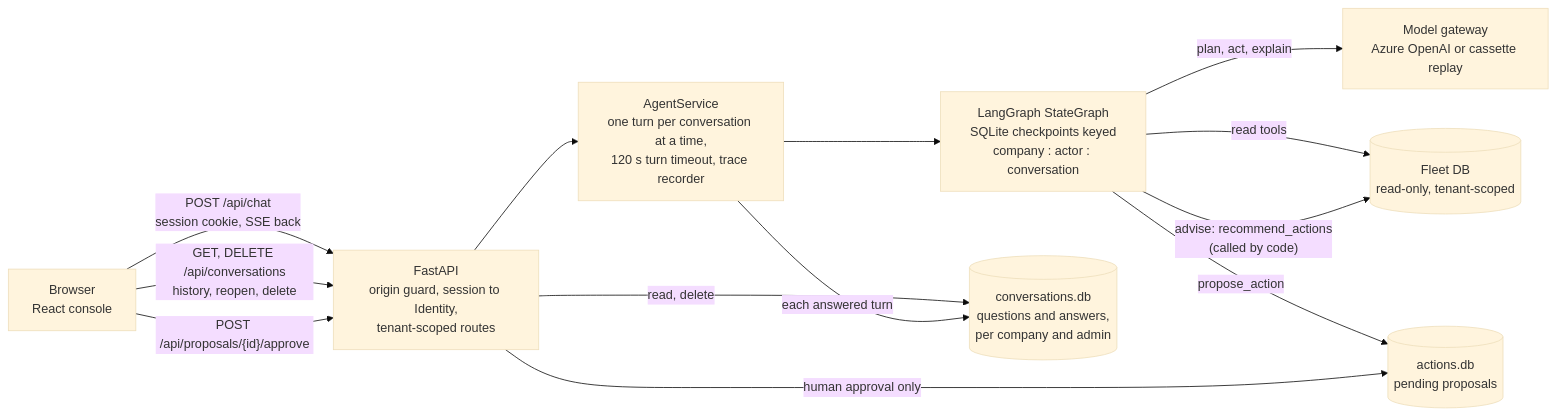
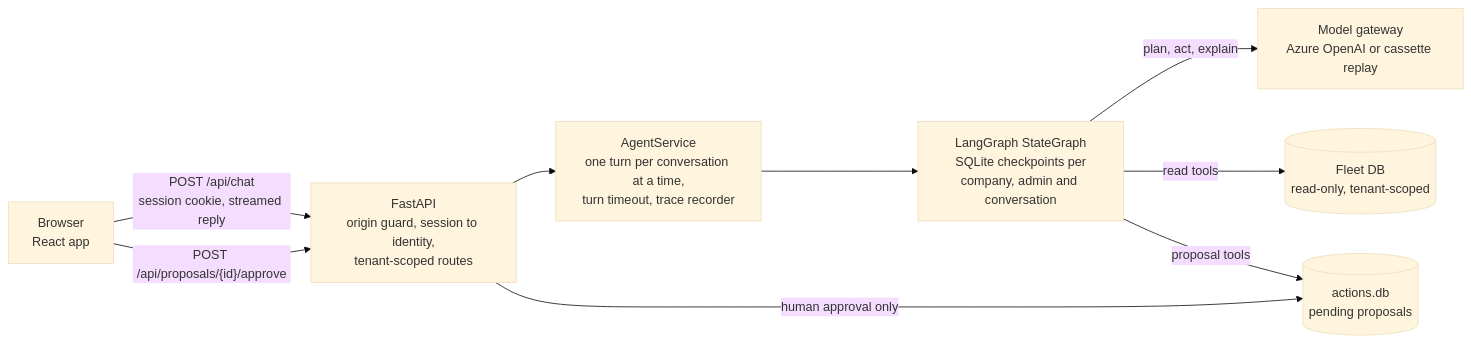
One commit to PegasusA14/agentic-aI-fleet-copilot- changed the first of 2 diagrams in README.md. Above: the diagram before and after it, drawn with Mermaid (base theme). The commit also changed other lines of this file, not shown here.

````diff
--- a/README.md
+++ b/README.md
@@ -172,15 +143,11 @@
 ```mermaid
 flowchart LR
-    UI["Browser<br/>React console"] -- "POST /api/chat<br/>session cookie, SSE back" --> API["FastAPI<br/>origin guard, session to Identity,<br/>tenant-scoped routes"]
-    API --> SVC["AgentService<br/>one turn per conversation at a time,<br/>120 s turn timeout, trace recorder"]
-    SVC --> G["LangGraph StateGraph<br/>SQLite checkpoints keyed<br/>company : actor : conversation"]
+    UI["Browser<br/>React app"] -- "POST /api/chat<br/>session cookie, streamed reply" --> API["FastAPI<br/>origin guard, session to identity,<br/>tenant-scoped routes"]
+    API --> SVC["AgentService<br/>one turn per conversation at a time,<br/>turn timeout, trace recorder"]
+    SVC --> G["LangGraph StateGraph<br/>SQLite checkpoints per<br/>company, admin and conversation"]
     G -- "plan, act, explain" --> LLM["Model gateway<br/>Azure OpenAI or cassette replay"]
     G -- "read tools" --> REPO[("Fleet DB<br/>read-only, tenant-scoped")]
-    G -- "propose_action" --> ACT[("actions.db<br/>pending proposals")]
-    G -- "advise: recommend_actions<br/>(called by code)" --> REPO
-    UI -- "GET, DELETE /api/conversations<br/>history, reopen, delete" --> API
-    API -- "read, delete" --> HIST[("conversations.db<br/>questions and answers,<br/>per company and admin")]
-    SVC -- "each answered turn" --> HIST
+    G -- "proposal tools" --> ACT[("actions.db<br/>pending proposals")]
     UI -- "POST /api/proposals/{id}/approve" --> API
     API -- "human approval only" --> ACT
 ```
````
